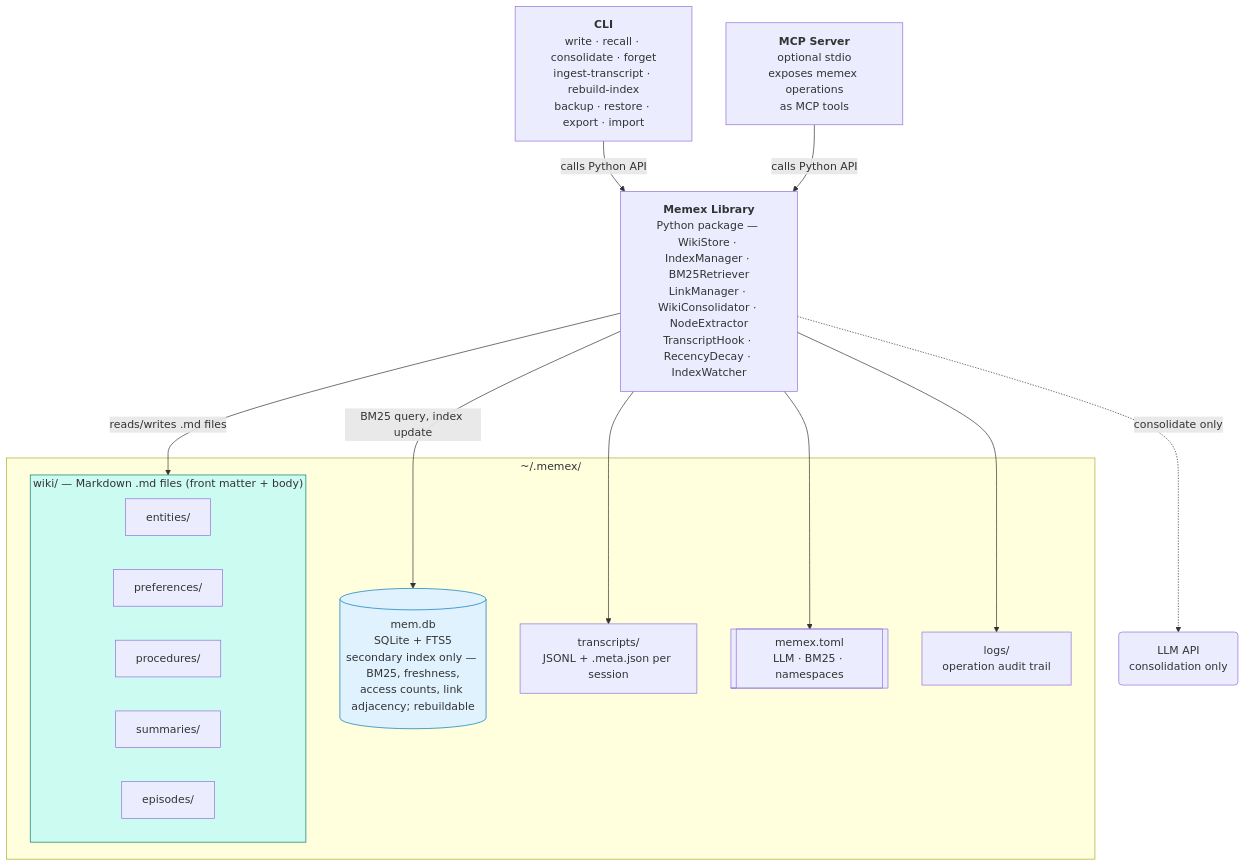
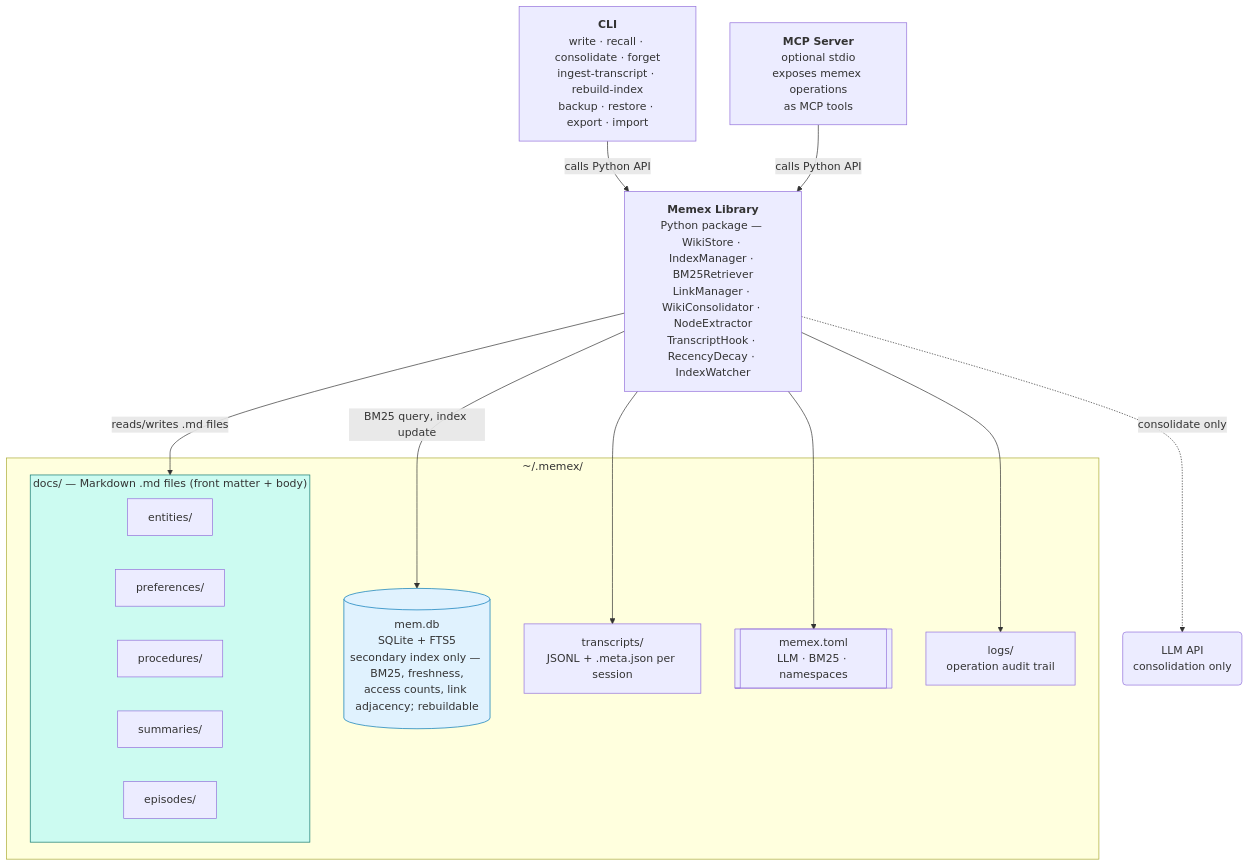
The second of 4 diagrams in docs/spec.md (agent-memory-atlas-archive/phanijapps--memex), drawn with Mermaid before and after one commit. The commit also changed other lines of this file and 31 other files, not shown here.

````diff
--- a/docs/spec.md
+++ b/docs/spec.md
@@ -152,36 +152,36 @@
 ```mermaid
 flowchart TB
     lib["<b>Memex Library</b><br>Python package — WikiStore · IndexManager · BM25Retriever<br>LinkManager · WikiConsolidator · NodeExtractor<br>TranscriptHook · RecencyDecay · IndexWatcher"]
     cli["<b>CLI</b><br>write · recall · consolidate · forget<br>ingest-transcript · rebuild-index<br>backup · restore · export · import"]
     mcp["<b>MCP Server</b><br>optional stdio<br>exposes memex operations<br>as MCP tools"]
 
     subgraph dir ["~/.memex/"]
-        subgraph wiki ["wiki/ — Markdown .md files (front matter + body)"]
+        subgraph wiki ["docs/ — Markdown .md files (front matter + body)"]
             went["entities/"]
             wprefs["preferences/"]
             wprocs["procedures/"]
             wsum["summaries/"]
             wep["episodes/"]
         end
         db[("mem.db<br>SQLite + FTS5<br>secondary index only — BM25, freshness,<br>access counts, link adjacency; rebuildable")]
         tr["transcripts/<br>JSONL + .meta.json per session"]
         cfg[["memex.toml<br>LLM · BM25 · namespaces"]]
         logs["logs/<br>operation audit trail"]
     end
 
     llm("LLM API<br>consolidation only")
 
     lib -->|"reads/writes .md files"| wiki
     lib -->|"BM25 query, index update"| db
     lib --> tr
     lib --> cfg
     lib --> logs
     cli -->|"calls Python API"| lib
     mcp -->|"calls Python API"| lib
     lib -.->|"consolidate only"| llm
 
     classDef truth fill:#ccfbf1,stroke:#0f766e
     classDef index fill:#e0f2fe,stroke:#0077b6
     class wiki truth
     class db index
 ```
````
